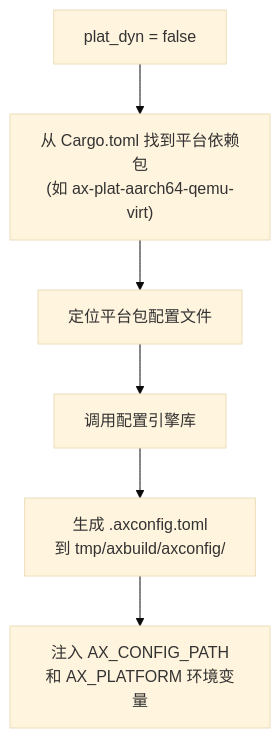
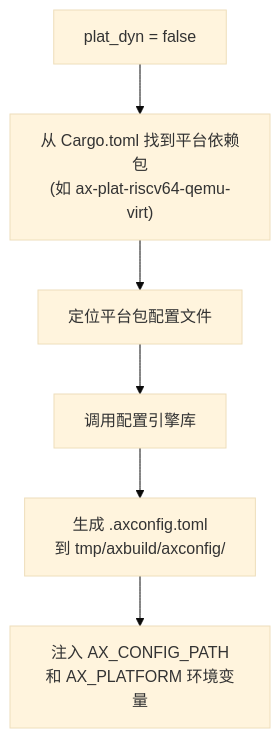
Before and after one commit to rcore-os/tgoskits: the fifth of 8 diagrams in docs/docs/build/build.md, drawn with Mermaid (base theme). The commit also changed other lines of this file and 151 other files, not shown here.

````diff
--- a/docs/docs/build/build.md
+++ b/docs/docs/build/build.md
@@ -172,8 +172,8 @@
 ```mermaid
 flowchart TD
-    A["plat_dyn = false"] --> B["从 Cargo.toml 找到平台依赖包<br/>(如 ax-plat-aarch64-qemu-virt)"]
+    A["plat_dyn = false"] --> B["从 Cargo.toml 找到平台依赖包<br/>(如 ax-plat-riscv64-qemu-virt)"]
     B --> C["定位平台包配置文件"]
     C --> D["调用配置引擎库"]
     D --> E["生成 .axconfig.toml<br/>到 tmp/axbuild/axconfig/"]
     E --> F["注入 AX_CONFIG_PATH<br/>和 AX_PLATFORM 环境变量"]
 ```
````
